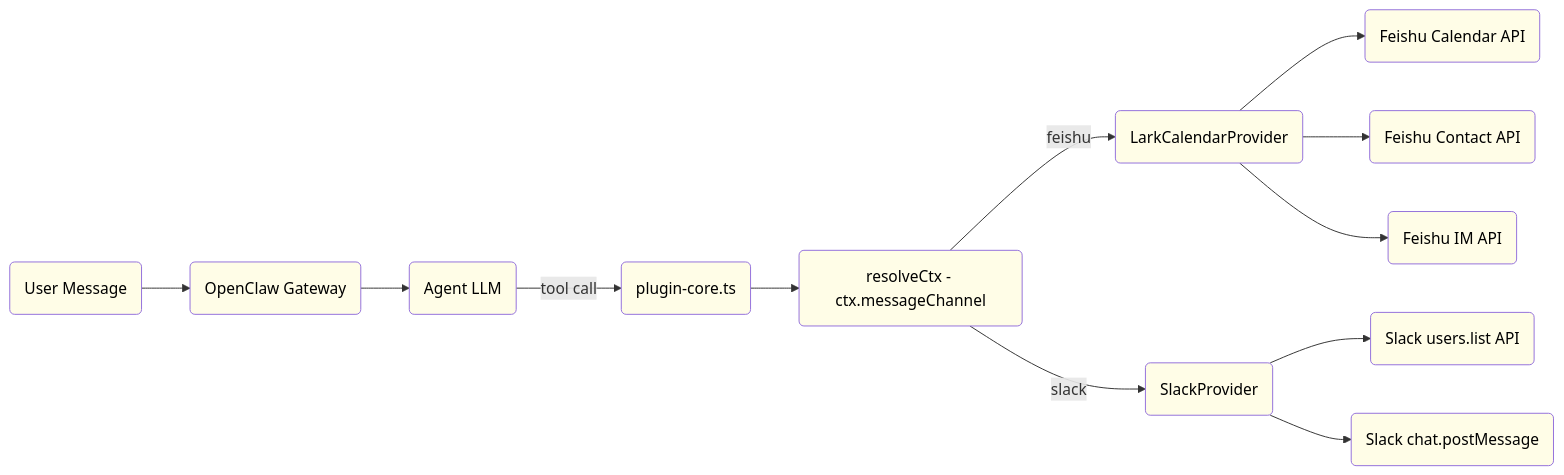
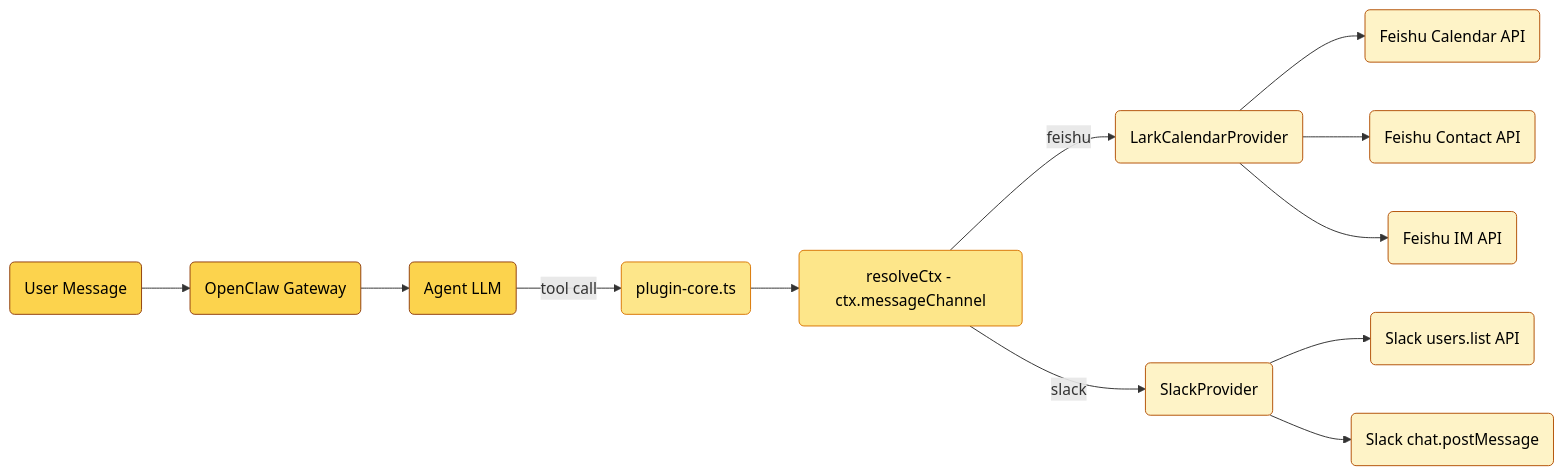
Before and after one commit to javana3/claw_meeting_all: the second of 13 diagrams in README.md, drawn with Mermaid. The commit also changed other lines of this file, not shown here.

Commit message:
Add golden borders and hierarchy to mermaid diagrams

````diff
--- a/README.md
+++ b/README.md
@@ -71,27 +71,27 @@
 ```mermaid
 graph LR
     MSG(User Message) --> GW(OpenClaw Gateway)
     GW --> AGENT(Agent LLM)
     AGENT -->|tool call| CORE(plugin-core.ts)
     CORE --> CTX(resolveCtx - ctx.messageChannel)
     CTX -->|feishu| LP(LarkCalendarProvider)
     CTX -->|slack| SP(SlackProvider)
     LP --> LAPI(Feishu Calendar API)
     LP --> LDIR(Feishu Contact API)
     LP --> LDM(Feishu IM API)
     SP --> SDIR(Slack users.list API)
     SP --> SDM(Slack chat.postMessage)
 
-    style CTX fill:#fffde7,color:#000
-    style LP fill:#fffde7,color:#000
-    style SP fill:#fffde7,color:#000
-    style MSG fill:#fffde7,color:#000
-    style GW fill:#fffde7,color:#000
-    style AGENT fill:#fffde7,color:#000
-    style CORE fill:#fffde7,color:#000
-    style LAPI fill:#fffde7,color:#000
-    style LDIR fill:#fffde7,color:#000
-    style LDM fill:#fffde7,color:#000
-    style SDIR fill:#fffde7,color:#000
-    style SDM fill:#fffde7,color:#000
+    style CTX fill:#fde68a,stroke:#d97706,color:#000
+    style LP fill:#fef3c7,stroke:#b45309,color:#000
+    style SP fill:#fef3c7,stroke:#b45309,color:#000
+    style MSG fill:#fcd34d,stroke:#92400e,color:#000
+    style GW fill:#fcd34d,stroke:#92400e,color:#000
+    style AGENT fill:#fcd34d,stroke:#92400e,color:#000
+    style CORE fill:#fde68a,stroke:#d97706,color:#000
+    style LAPI fill:#fef3c7,stroke:#b45309,color:#000
+    style LDIR fill:#fef3c7,stroke:#b45309,color:#000
+    style LDM fill:#fef3c7,stroke:#b45309,color:#000
+    style SDIR fill:#fef3c7,stroke:#b45309,color:#000
+    style SDM fill:#fef3c7,stroke:#b45309,color:#000
 ```
````
